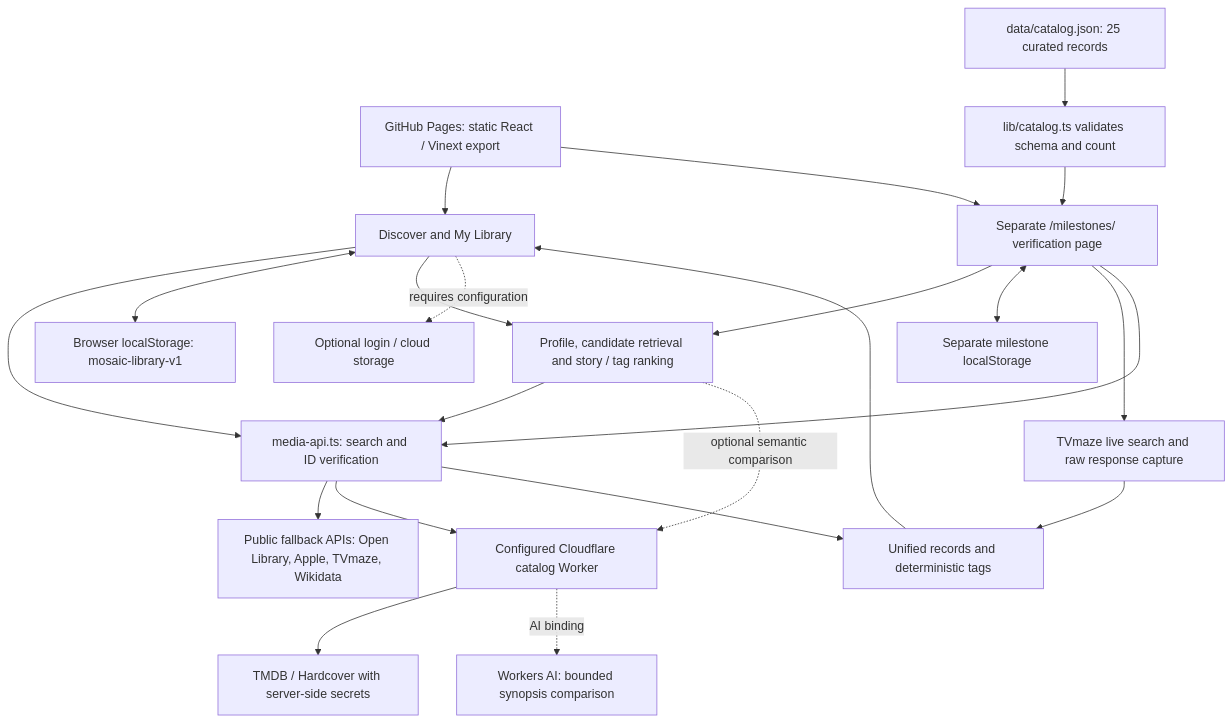
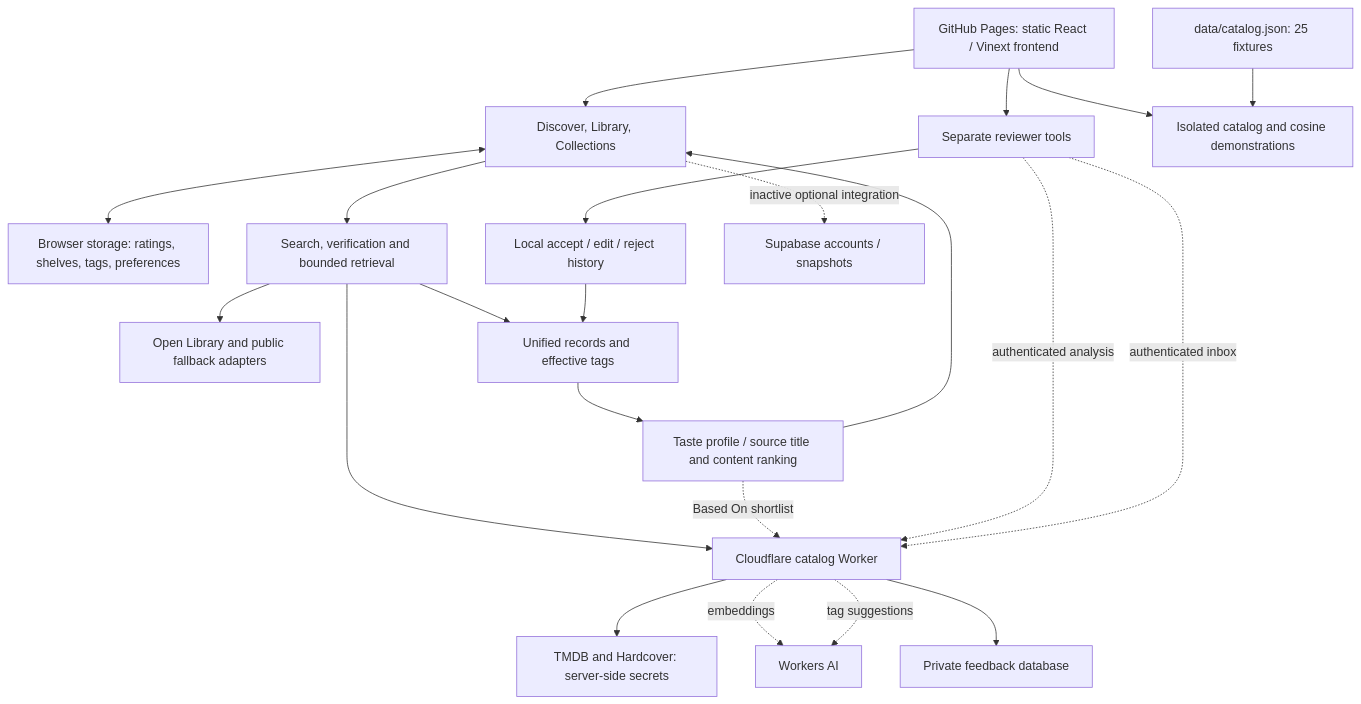
One commit to anonymousxbelle/mosaic changed the diagram in docs/ARCHITECTURE.md. Above: the diagram before and after it, drawn with Mermaid. The commit also changed other lines of this file and 36 other files, not shown here.

````diff
--- a/docs/ARCHITECTURE.md
+++ b/docs/ARCHITECTURE.md
@@ -5,24 +5,24 @@
 ```mermaid
 flowchart TD
- Pages[GitHub Pages: static React / Vinext export] --> UI[Discover and My Library]
- UI --> Search[media-api.ts: search and ID verification]
- Search --> Public[Public fallback APIs: Open Library, Apple, TVmaze, Wikidata]
- Search --> Worker[Configured Cloudflare catalog Worker]
- Worker --> Providers[TMDB / Hardcover with server-side secrets]
- Search --> Normalize[Unified records and deterministic tags]
- Normalize --> UI
- UI <--> Store[Browser localStorage: mosaic-library-v1]
- UI --> Rank[Profile, candidate retrieval and story / tag ranking]
- Rank --> Search
- Rank -. optional semantic comparison .-> Worker
- Worker -. AI binding .-> AI[Workers AI: bounded synopsis comparison]
- UI -. requires configuration .-> Supabase[Optional login / cloud storage]
- Pages --> Audit[Separate /milestones/ verification page]
- JSON[data/catalog.json: 25 curated records] --> Loader[lib/catalog.ts validates schema and count]
- Loader --> Audit
- Audit --> Rank
- Audit <--> AuditStore[Separate milestone localStorage]
- Audit --> Live[TVmaze live search and raw response capture]
- Live --> Normalize
- Audit --> Search
+ Pages[GitHub Pages: static React / Vinext frontend] --> UI[Discover, Library, Collections]
+ UI <--> Local[Browser storage: ratings, shelves, tags, preferences]
+ UI --> Retrieval[Search, verification and bounded retrieval]
+ Retrieval --> Worker[Cloudflare catalog Worker]
+ Worker --> Providers[TMDB and Hardcover: server-side secrets]
+ Retrieval --> Public[Open Library and public fallback adapters]
+ Retrieval --> Normalize[Unified records and effective tags]
+ Normalize --> Rank[Taste profile / source title and content ranking]
+ Rank --> UI
+ Rank -. Based On shortlist .-> Worker
+ Worker -. embeddings .-> AI[Workers AI]
+ Pages --> Review[Separate reviewer tools]
+ Review -. authenticated analysis .-> Worker
+ Worker -. tag suggestions .-> AI
+ Review --> Decisions[Local accept / edit / reject history]
+ Decisions --> Normalize
+ Review -. authenticated inbox .-> Worker
+ Worker --> D1[Private feedback database]
+ Pages --> Course[Isolated catalog and cosine demonstrations]
+ JSON[data/catalog.json: 25 fixtures] --> Course
+ UI -. inactive optional integration .-> Supabase[Supabase accounts / snapshots]
 ```
````
